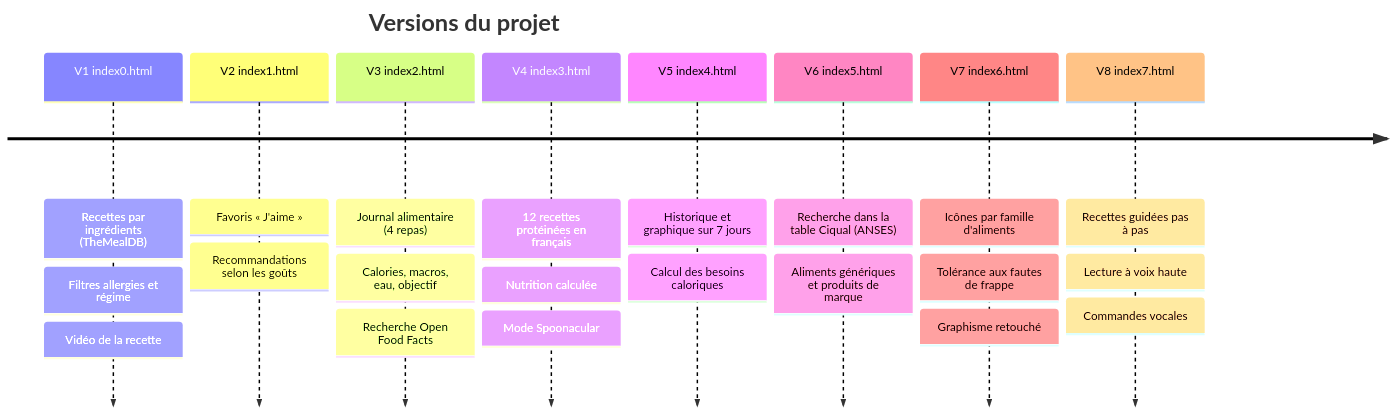
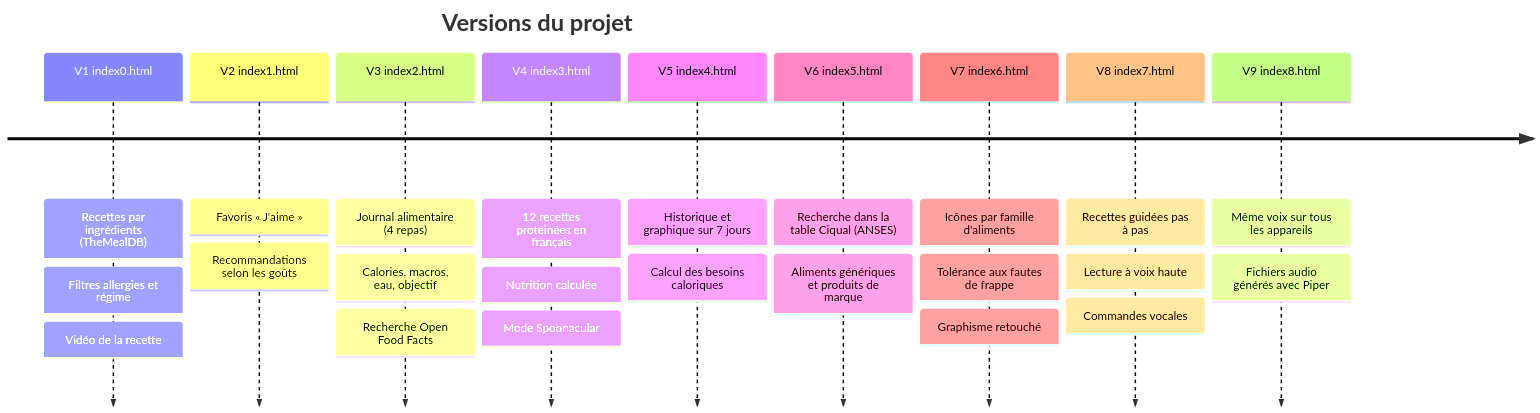
The second of 2 diagrams in accueil.md (Sami-Le/generateur-de-recettes), drawn with Mermaid before and after one commit. The commit also changed other lines of this file and 9 other files, not shown here.

First line of the commit message:
V9 : même voix sur tous les appareils (fichiers audio générés avec Piper)

````diff
--- a/accueil.md
+++ b/accueil.md
@@ -49,12 +50,13 @@
 ```mermaid
 timeline
     title Versions du projet
     V1 index0.html : Recettes par ingrédients (TheMealDB) : Filtres allergies et régime : Vidéo de la recette
     V2 index1.html : Favoris « J'aime » : Recommandations selon les goûts
     V3 index2.html : Journal alimentaire (4 repas) : Calories, macros, eau, objectif : Recherche Open Food Facts
     V4 index3.html : 12 recettes protéinées en français : Nutrition calculée : Mode Spoonacular
     V5 index4.html : Historique et graphique sur 7 jours : Calcul des besoins caloriques
     V6 index5.html : Recherche dans la table Ciqual (ANSES) : Aliments génériques et produits de marque
     V7 index6.html : Icônes par famille d'aliments : Tolérance aux fautes de frappe : Graphisme retouché
     V8 index7.html : Recettes guidées pas à pas : Lecture à voix haute : Commandes vocales
+    V9 index8.html : Même voix sur tous les appareils : Fichiers audio générés avec Piper
 ```
````
